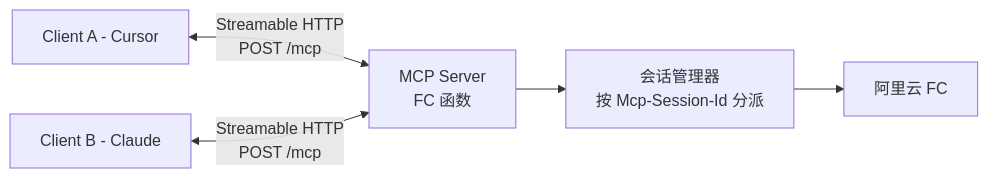
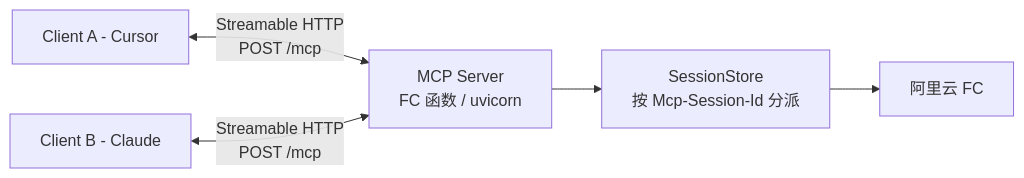
One commit to Easy-Sandbox/easy-sandbox changed the fourth of 6 diagrams in docs/zh/design/mcp-server.md. Above: the diagram before and after it, drawn with Mermaid. The commit also changed other lines of this file and 338 other files, not shown here.

````diff
--- a/docs/zh/design/mcp-server.md
+++ b/docs/zh/design/mcp-server.md
@@ -277,7 +268,7 @@
 ```mermaid
 graph LR
-    A["Client A - Cursor"] <-->|"Streamable HTTP<br/>POST /mcp"| MCP["MCP Server<br/>FC 函数"]
+    A["Client A - Cursor"] <-->|"Streamable HTTP<br/>POST /mcp"| MCP["MCP Server<br/>FC 函数 / uvicorn"]
     B["Client B - Claude"] <-->|"Streamable HTTP<br/>POST /mcp"| MCP
-    MCP --> SM["会话管理器<br/>按 Mcp-Session-Id 分派"]
+    MCP --> SM["SessionStore<br/>按 Mcp-Session-Id 分派"]
     SM --> FC[阿里云 FC]
 ```
````
